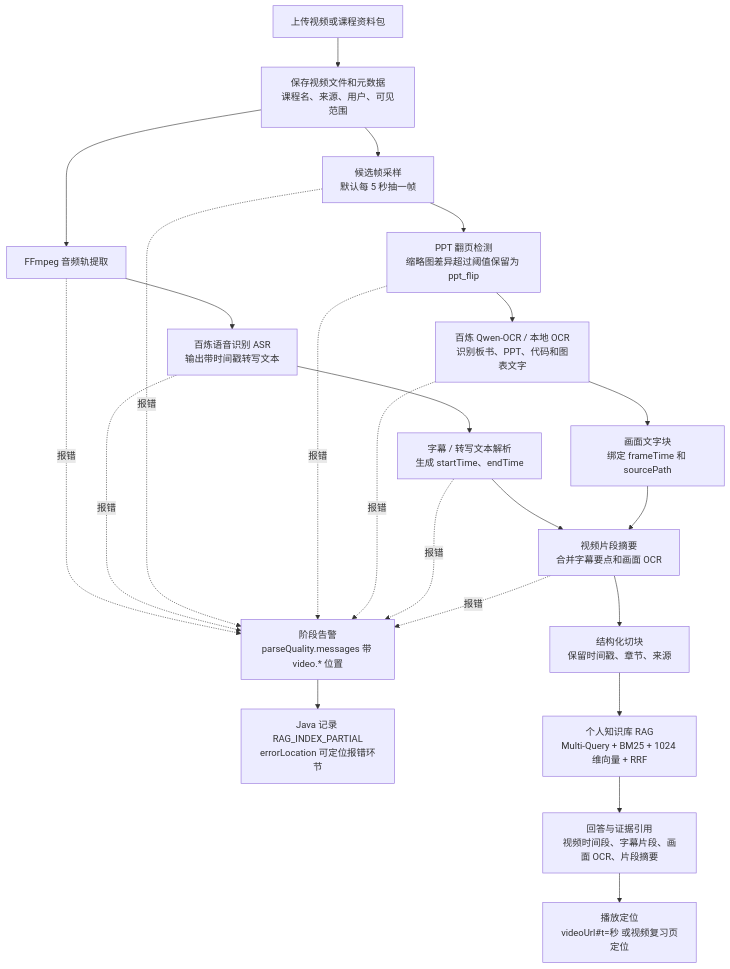
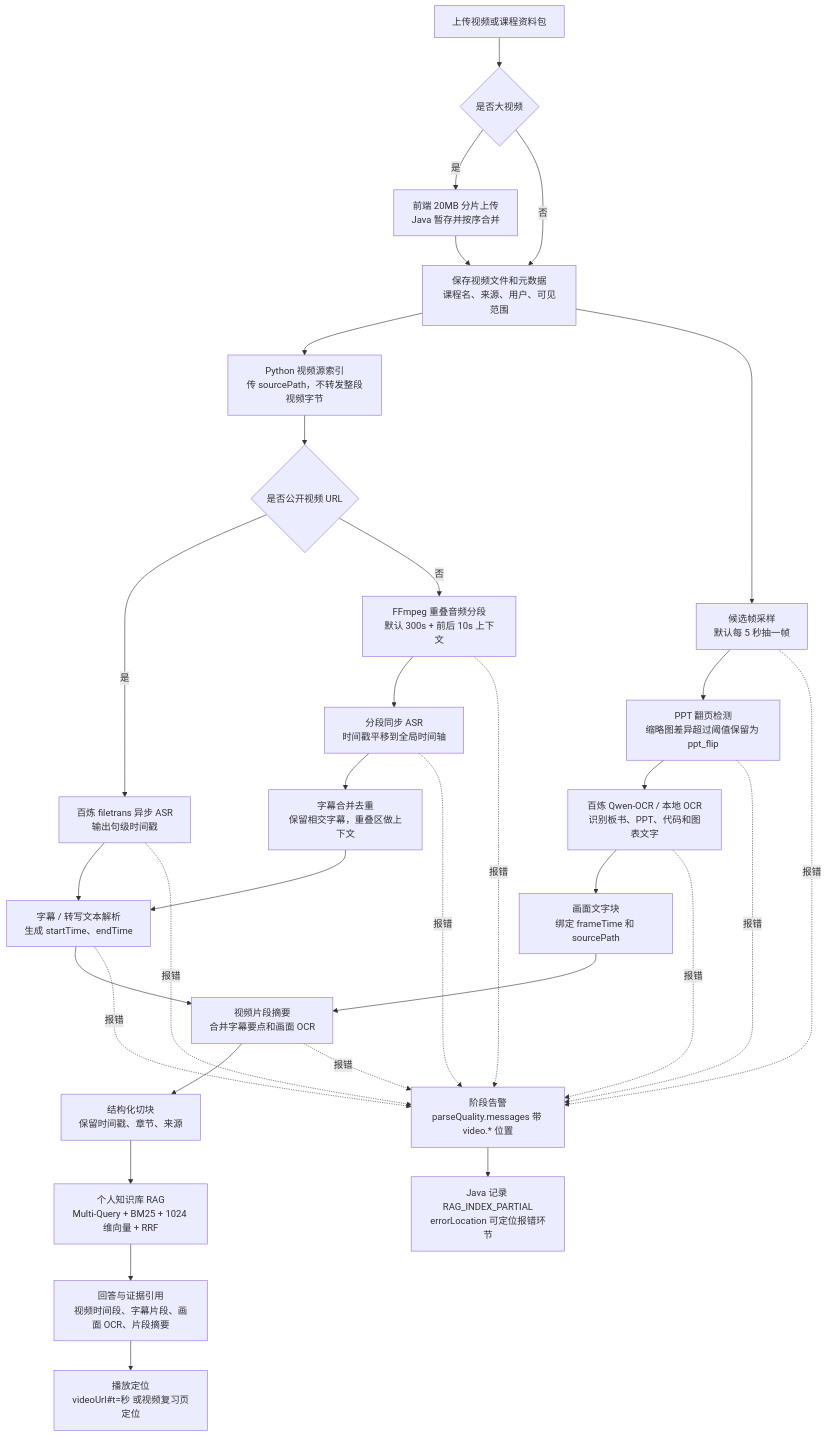
Before and after one commit to HeWhenJay/Multimodal-RAG-Agent-Learning-Evidence-Platform: the second of 6 diagrams in README.md, drawn with Mermaid. The commit also changed other lines of this file and 106 other files, not shown here.

````diff
--- a/README.md
+++ b/README.md
@@ -95,25 +97,34 @@
 ```mermaid
 flowchart TD
-    V0["上传视频或课程资料包"] --> V1["保存视频文件和元数据<br/>课程名、来源、用户、可见范围"]
-    V1 --> V2["FFmpeg 音频轨提取"]
-    V2 --> V3["百炼语音识别 ASR<br/>输出带时间戳转写文本"]
+    V0["上传视频或课程资料包"] --> V0A{"是否大视频"}
+    V0A -->|"是"| V0B["前端 20MB 分片上传<br/>Java 暂存并按序合并"]
+    V0A -->|"否"| V1["保存视频文件和元数据<br/>课程名、来源、用户、可见范围"]
+    V0B --> V1
+    V1 --> V1A["Python 视频源索引<br/>传 sourcePath，不转发整段视频字节"]
+    V1A --> V2{"是否公开视频 URL"}
+    V2 -->|"是"| V3["百炼 filetrans 异步 ASR<br/>输出句级时间戳"]
+    V2 -->|"否"| V2A["FFmpeg 重叠音频分段<br/>默认 300s + 前后 10s 上下文"]
+    V2A --> V3A["分段同步 ASR<br/>时间戳平移到全局时间轴"]
+    V3A --> V3B["字幕合并去重<br/>保留相交字幕，重叠区做上下文"]
     V1 --> V4["候选帧采样<br/>默认每 5 秒抽一帧"]
     V4 --> V4A["PPT 翻页检测<br/>缩略图差异超过阈值保留为 ppt_flip"]
     V4A --> V5["百炼 Qwen-OCR / 本地 OCR<br/>识别板书、PPT、代码和图表文字"]
     V3 --> V6["字幕 / 转写文本解析<br/>生成 startTime、endTime"]
+    V3B --> V6
     V5 --> V7["画面文字块<br/>绑定 frameTime 和 sourcePath"]
     V6 --> V8["视频片段摘要<br/>合并字幕要点和画面 OCR"]
     V7 --> V8
     V8 --> V9["结构化切块<br/>保留时间戳、章节、来源"]
-    V2 -.报错.-> VERR["阶段告警<br/>parseQuality.messages 带 video.* 位置"]
+    V2A -.报错.-> VERR["阶段告警<br/>parseQuality.messages 带 video.* 位置"]
     V3 -.报错.-> VERR
+    V3A -.报错.-> VERR
     V4 -.报错.-> VERR
     V4A -.报错.-> VERR
     V5 -.报错.-> VERR
     V6 -.报错.-> VERR
     V8 -.报错.-> VERR
     VERR --> VLOG["Java 记录 RAG_INDEX_PARTIAL<br/>errorLocation 可定位报错环节"]
     V9 --> V10["个人知识库 RAG<br/>Multi-Query + BM25 + 1024 维向量 + RRF"]
     V10 --> V11["回答与证据引用<br/>视频时间段、字幕片段、画面 OCR、片段摘要"]
     V11 --> V12["播放定位<br/>videoUrl#t=秒 或视频复习页定位"]
 ```
````
